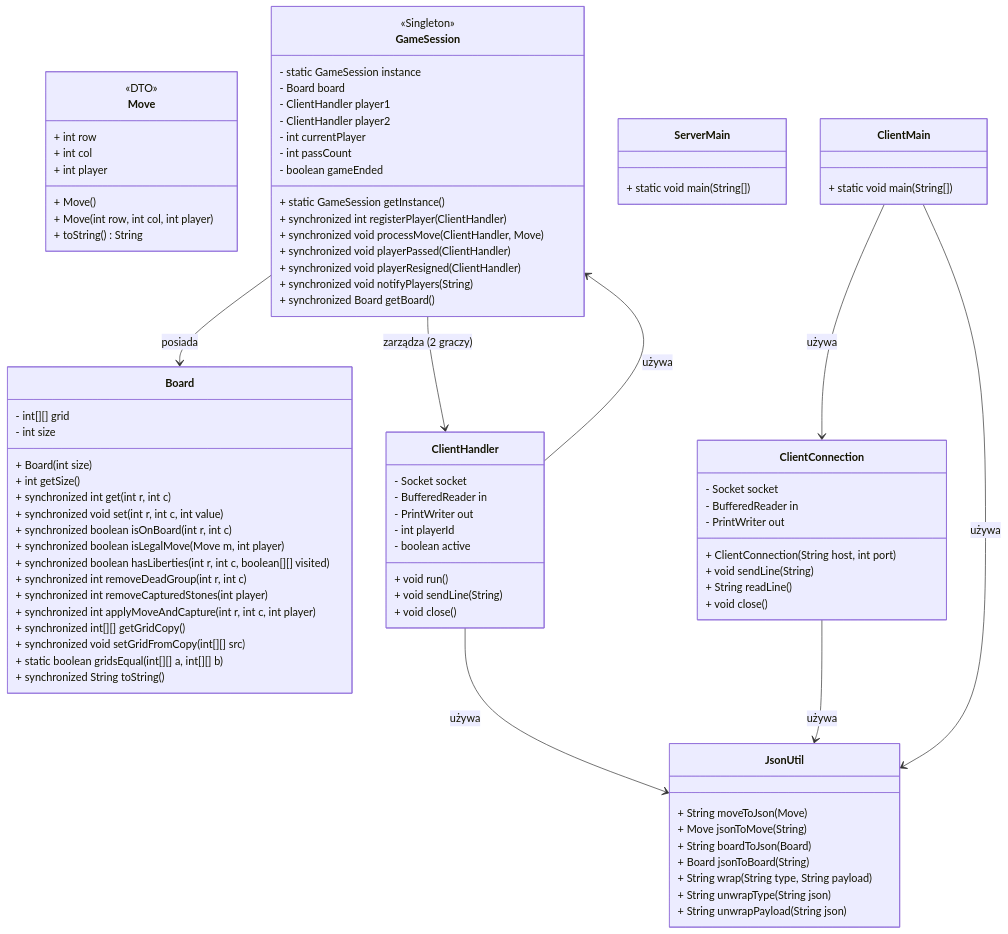
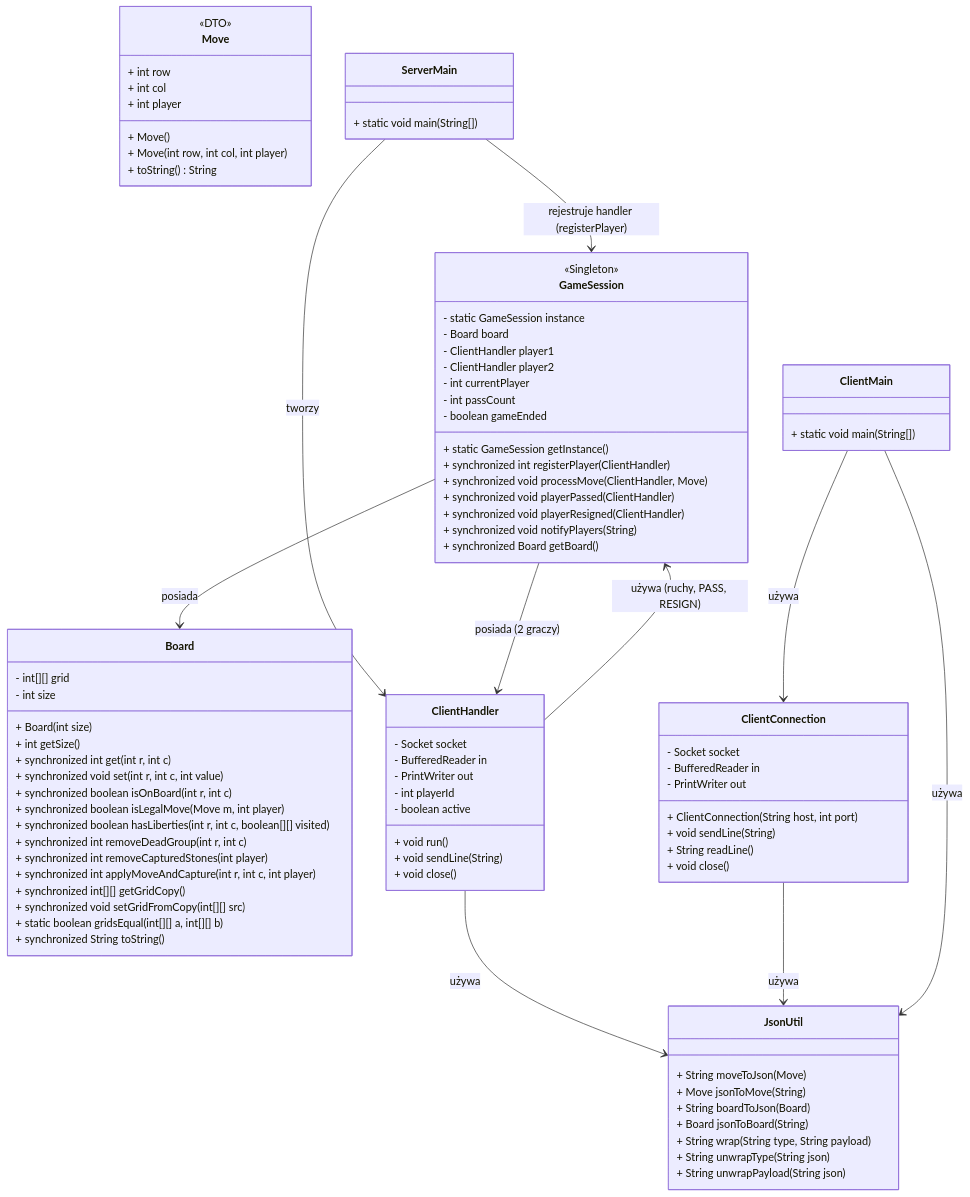
The diagram in diagram.md (adam-1020/lab4), drawn with Mermaid before and after one commit.

````diff
--- a/diagram.md
+++ b/diagram.md
@@ -1,10 +1,10 @@
 ```mermaid
 classDiagram
-direction TB
+    direction TB
 
-    %% ======================
-    %% COMMON
-    %% ======================
+%% ======================
+%% COMMON
+%% ======================
     class Move {
         <<DTO>>
         + int row
@@ -50,9 +50,9 @@
     }
 
 
-    %% ======================
-    %% SERVER
-    %% ======================
+%% ======================
+%% SERVER
+%% ======================
     class GameSession {
         <<Singleton>>
         - static GameSession instance
@@ -86,12 +86,18 @@
 
     class ServerMain {
         + static void main(String[])
+    %% Komentarz:
+    %% - tworzy ServerSocket
+    %% - akceptuje połączenia klientów
+    %% - tworzy ClientHandler
+    %% - rejestruje handler w GameSession
+    %% - uruchamia wątek handlera
     }
 
 
-    %% ======================
-    %% CLIENT
-    %% ======================
+%% ======================
+%% CLIENT
+%% ======================
     class ClientConnection {
         - Socket socket
         - BufferedReader in
@@ -108,15 +114,22 @@
     }
 
 
-    %% ======================
-    %% RELATIONS
-    %% ======================
+%% ======================
+%% RELATIONS
+%% ======================
 
+%% SERVER RELATIONS
+    ServerMain --> ClientHandler : tworzy
+    ServerMain --> GameSession : rejestruje handler (registerPlayer)
+    GameSession --> ClientHandler : posiada (2 graczy)
     GameSession --> Board : posiada
-    GameSession --> ClientHandler : zarządza (2 graczy)
-    ClientHandler --> GameSession : używa
+
+%% LOGIC RELATIONS
+    ClientHandler --> GameSession : używa (ruchy, PASS, RESIGN)
     ClientHandler --> JsonUtil : używa
     ClientConnection --> JsonUtil : używa
+
+%% CLIENT RELATIONS
     ClientMain --> ClientConnection : używa
     ClientMain --> JsonUtil : używa
 ```
````
